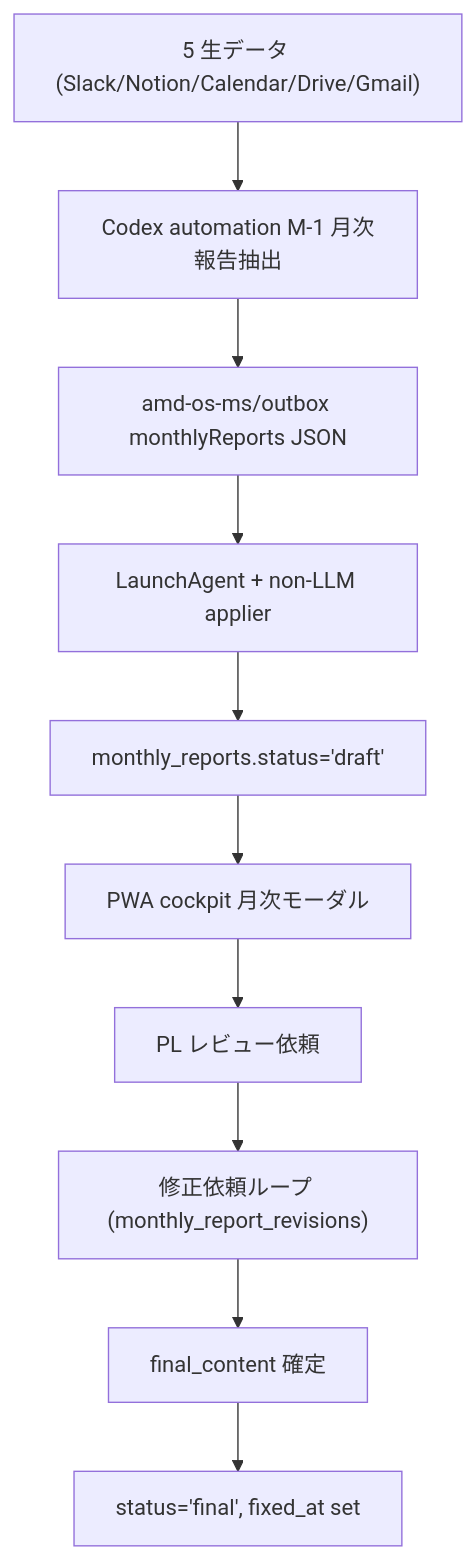
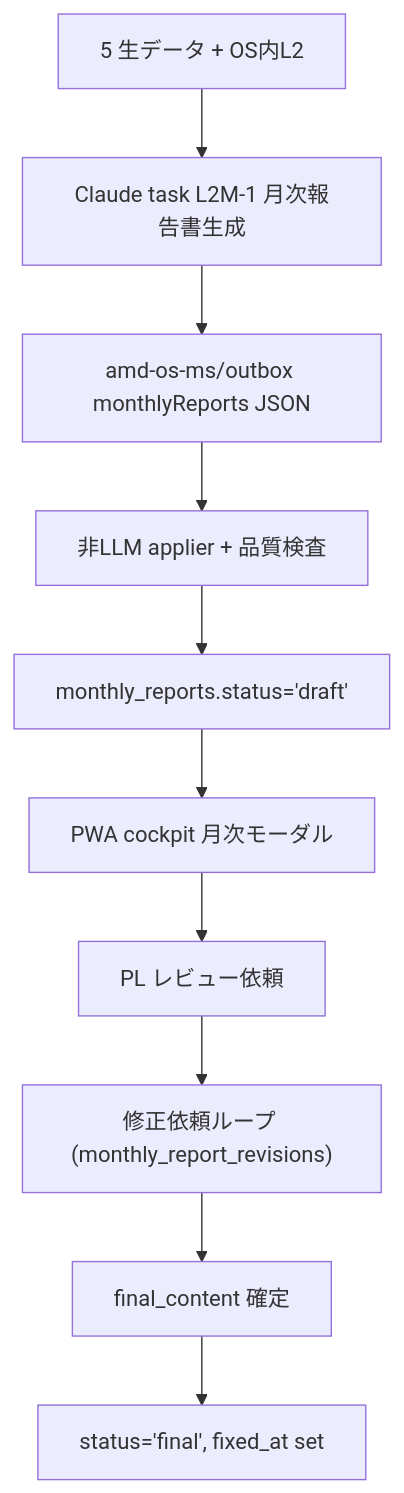
The second of 3 diagrams in pwa/manual/4-8-ms-progress-monthly-report-revision-spec.md (masa-teamarmada/amd-os), drawn with Mermaid before and after one commit. The commit also changed other lines of this file and 18 other files, not shown here.

````diff
--- a/pwa/manual/4-8-ms-progress-monthly-report-revision-spec.md
+++ b/pwa/manual/4-8-ms-progress-monthly-report-revision-spec.md
@@ -151,12 +151,12 @@
 ```mermaid
 flowchart TD
-  A[5 生データ &lpar;Slack/Notion/Calendar/Drive/Gmail&rpar;] --> B[Codex automation M-1 月次報告抽出]
+  A[5 生データ + OS内L2] --> B[Claude task L2M-1 月次報告書生成]
   B --> C[amd-os-ms/outbox monthlyReports JSON]
-  C --> D[LaunchAgent + non-LLM applier]
+  C --> D[非LLM applier + 品質検査]
   D --> E[monthly_reports.status='draft']
   E --> F[PWA cockpit 月次モーダル]
   F --> G[PL レビュー依頼]
   G --> H[修正依頼ループ &lpar;monthly_report_revisions&rpar;]
   H --> I[final_content 確定]
   I --> J[status='final', fixed_at set]
 ```
````
